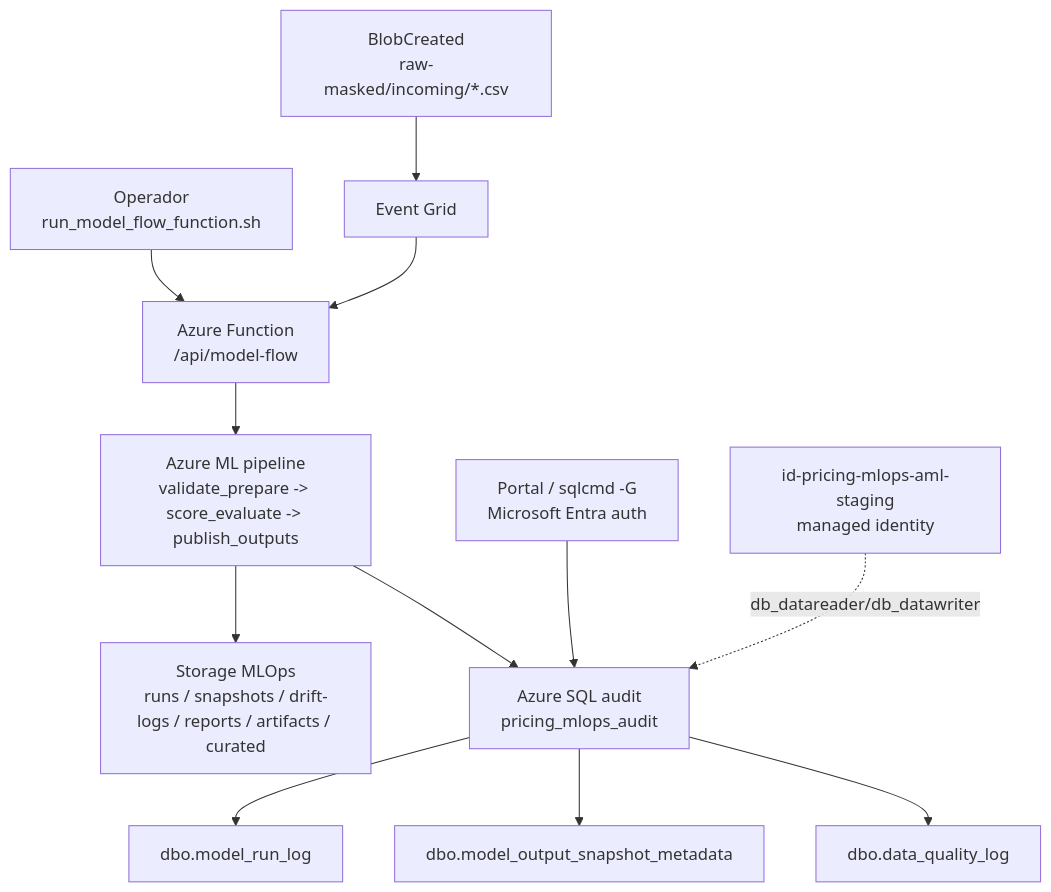
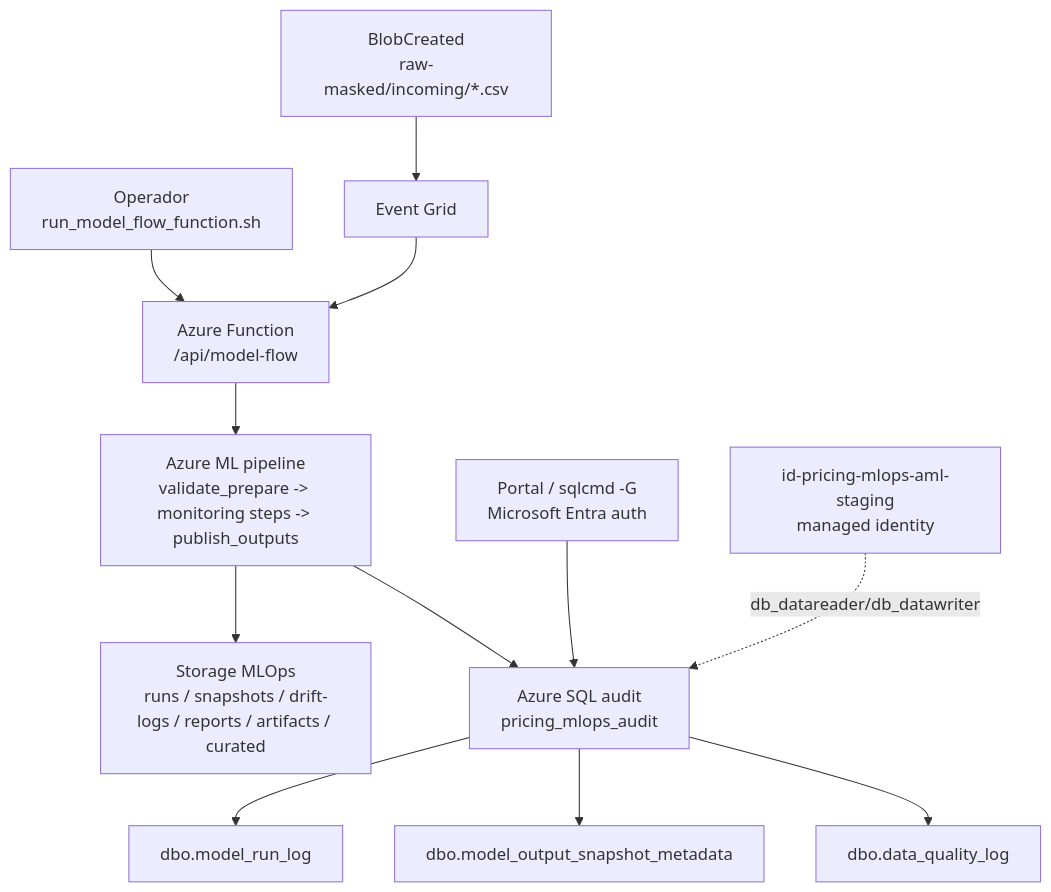
Before and after one commit to tecmx-team46-pricing/pricing-mlops-platform: the diagram in docs/sql-audit-runbook.md, drawn with Mermaid. The commit also changed 17 other files, not shown here.

Commit message:
Use auth monitoring pipeline as active flow

````diff
--- a/docs/sql-audit-runbook.md
+++ b/docs/sql-audit-runbook.md
@@ -17,17 +17,17 @@
 ```mermaid
 flowchart TD
   Manual["Operador<br/>run_model_flow_function.sh"] --> Function["Azure Function<br/>/api/model-flow"]
   BlobEvent["BlobCreated<br/>raw-masked/incoming/*.csv"] --> EventGrid["Event Grid"]
   EventGrid --> Function
 
-  Function --> AML["Azure ML pipeline<br/>validate_prepare -> score_evaluate -> publish_outputs"]
+  Function --> AML["Azure ML pipeline<br/>validate_prepare -> monitoring steps -> publish_outputs"]
   AML --> BlobStorage["Storage MLOps<br/>runs / snapshots / drift-logs / reports / artifacts / curated"]
   AML --> SqlAudit["Azure SQL audit<br/>pricing_mlops_audit"]
 
   SqlAudit --> RunLog["dbo.model_run_log"]
   SqlAudit --> SnapshotMeta["dbo.model_output_snapshot_metadata"]
   SqlAudit --> QualityLog["dbo.data_quality_log"]
 
   User["Portal / sqlcmd -G<br/>Microsoft Entra auth"] --> SqlAudit
   AmlIdentity["id-pricing-mlops-aml-staging<br/>managed identity"] -. db_datareader/db_datawriter .-> SqlAudit
 ```
````
